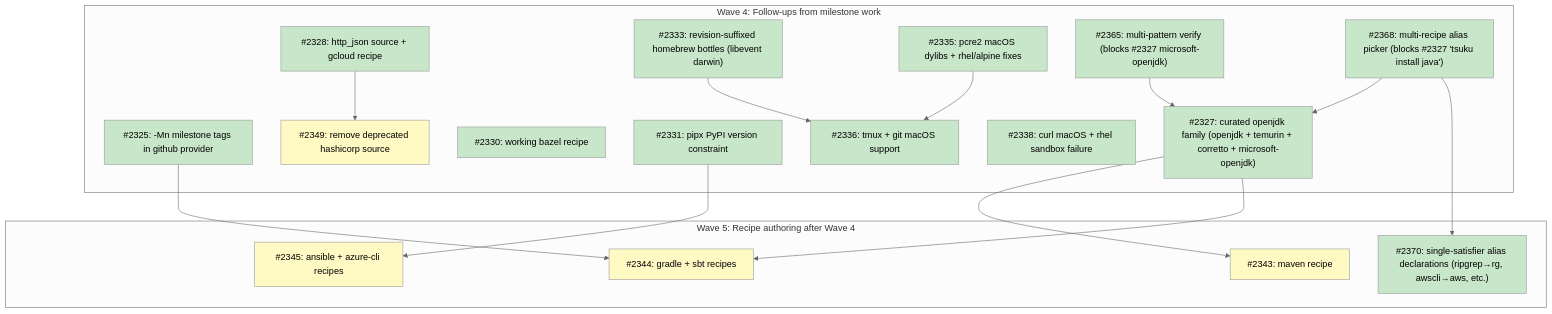
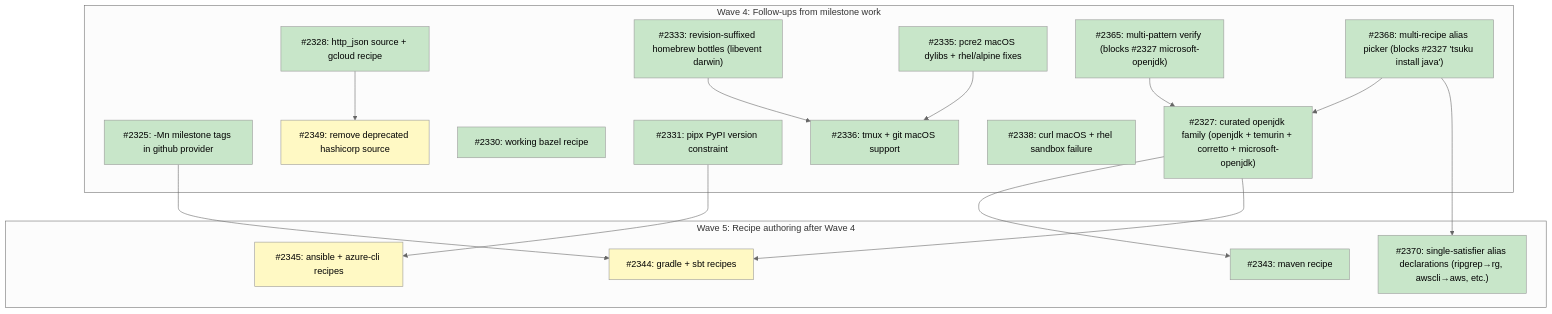
Before and after one commit to tsukumogami/tsuku: the diagram in docs/plans/PLAN-curated-recipes.md, drawn with Mermaid (neutral theme). The commit also changed other lines of this file and 1 other file, not shown here.

Commit message:
feat(recipes): add curated maven recipe (#2402)
Author `recipes/m/maven.toml` using a single `download_archive` step
against the platform-agnostic Apache distribution tarball
(`apache-maven-{version}-bin.tar.gz`). One step covers
linux/{amd64,arm64} (glibc + musl) and darwin/{amd64,arm64} because
maven is pure-JVM. Version pinning resolves against `apache/maven`
GitHub tags with `tag_prefix = "maven-"`; `version_format = "semver"`
filters out the in-progress 4.0.0 release candidates so the resolver
lands on the latest stable 3.9.x tag (currently 3.9.15). Verify pattern
is `Apache Maven {version}`, which matches the first line maven prints
under `mvn --version`.

````diff
--- a/docs/plans/PLAN-curated-recipes.md
+++ b/docs/plans/PLAN-curated-recipes.md
@@ -146,49 +146,49 @@
 ```mermaid
 graph TD
     subgraph wave4 ["Wave 4: Follow-ups from milestone work"]
         I2325["#2325: -Mn milestone tags in github provider"]
         I2327["#2327: curated openjdk family (openjdk + temurin + corretto + microsoft-openjdk)"]
         I2328["#2328: http_json source + gcloud recipe"]
         I2330["#2330: working bazel recipe"]
         I2331["#2331: pipx PyPI version constraint"]
         I2333["#2333: revision-suffixed homebrew bottles (libevent darwin)"]
         I2335["#2335: pcre2 macOS dylibs + rhel/alpine fixes"]
         I2336["#2336: tmux + git macOS support"]
         I2338["#2338: curl macOS + rhel sandbox failure"]
         I2349["#2349: remove deprecated hashicorp source"]
         I2365["#2365: multi-pattern verify (blocks #2327 microsoft-openjdk)"]
         I2368["#2368: multi-recipe alias picker (blocks #2327 'tsuku install java')"]
     end
 
     subgraph wave5 ["Wave 5: Recipe authoring after Wave 4"]
         I2343["#2343: maven recipe"]
         I2344["#2344: gradle + sbt recipes"]
         I2345["#2345: ansible + azure-cli recipes"]
         I2370["#2370: single-satisfier alias declarations (ripgrep→rg, awscli→aws, etc.)"]
     end
 
     I2333 --> I2336
     I2335 --> I2336
 
     I2365 --> I2327
     I2368 --> I2327
     I2327 --> I2343
     I2325 --> I2344
     I2327 --> I2344
     I2331 --> I2345
     I2328 --> I2349
     I2368 --> I2370
 
     classDef done fill:#c8e6c9
     classDef ready fill:#bbdefb
     classDef blocked fill:#fff9c4
     classDef needsDesign fill:#e1bee7
     classDef needsPrd fill:#b3e5fc
     classDef needsSpike fill:#ffcdd2
     classDef needsDecision fill:#d1c4e9
     classDef tracksDesign fill:#FFE0B2,stroke:#F57C00,color:#000
     classDef tracksPlan fill:#FFE0B2,stroke:#F57C00,color:#000
 
-    class I2325,I2327,I2328,I2330,I2331,I2333,I2335,I2336,I2338,I2365,I2368,I2370 done
-    class I2343,I2344,I2345,I2349 blocked
+    class I2325,I2327,I2328,I2330,I2331,I2333,I2335,I2336,I2338,I2343,I2365,I2368,I2370 done
+    class I2344,I2345,I2349 blocked
 ```
````
